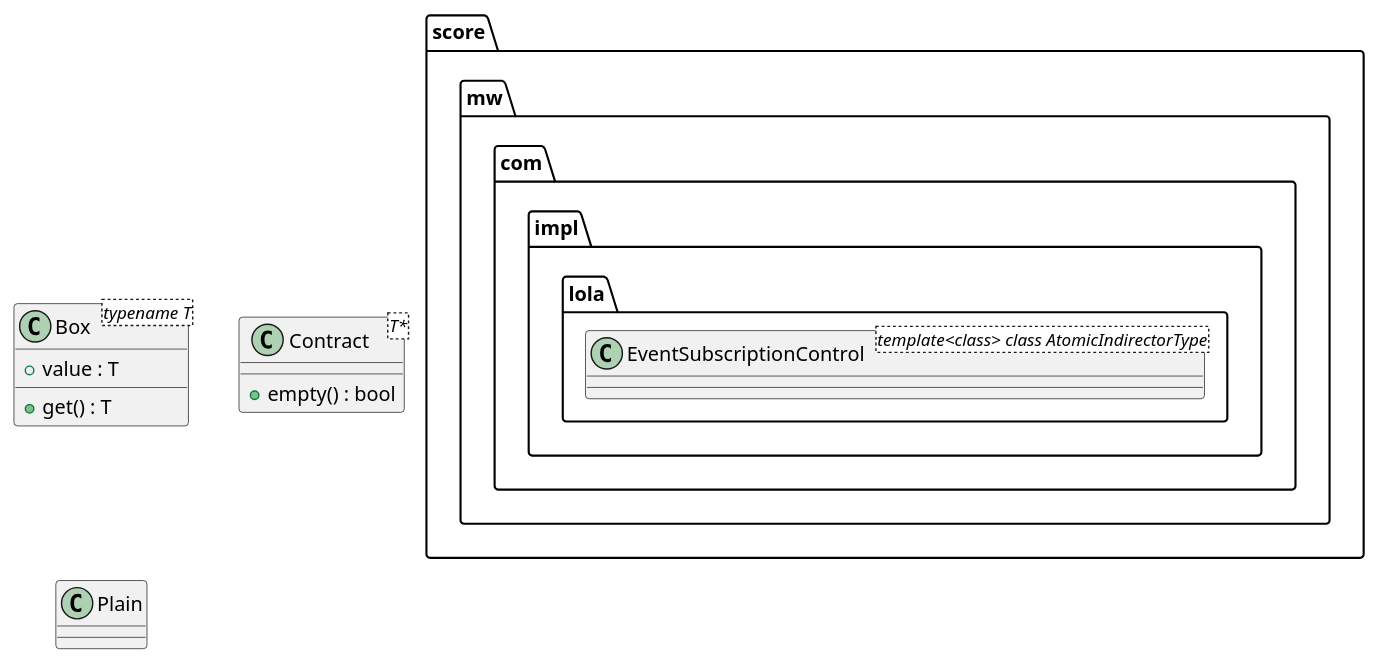
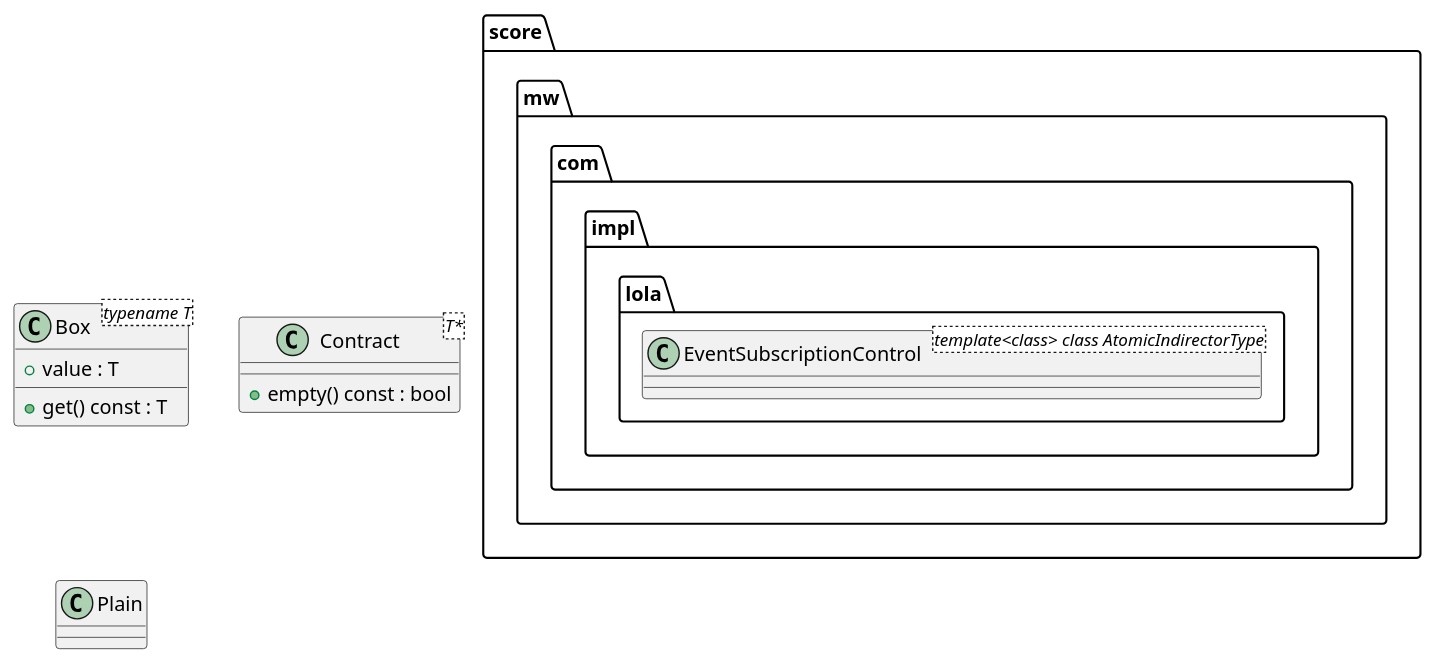
The diagram in validation/core/integration_test/class_design_implementation/positive_explicit_instantiations/class_diagram.puml (eclipse-score/tooling), drawn with PlantUML before and after one commit. The commit also changed 51 other files, not shown here.

```diff
--- a/validation/core/integration_test/class_design_implementation/positive_explicit_instantiations/class_diagram.puml
+++ b/validation/core/integration_test/class_design_implementation/positive_explicit_instantiations/class_diagram.puml
@@ -14,26 +14,26 @@
 @startuml positive_explicit_instantiations
 
 class "Box<typename T>" as Box {
     + value : T
-    + get() : T
+    + get() const : T
 }
 
 class "Contract<T*>" as Contract {
-    + empty() : bool
+    + empty() const : bool
 }
 
 class Plain
 
 namespace score {
     namespace mw {
         namespace com {
             namespace impl {
                 namespace lola {
                     class "EventSubscriptionControl<template<class> class AtomicIndirectorType>" as EventSubscriptionControl
                 }
             }
         }
     }
 }
 
 @enduml
```
